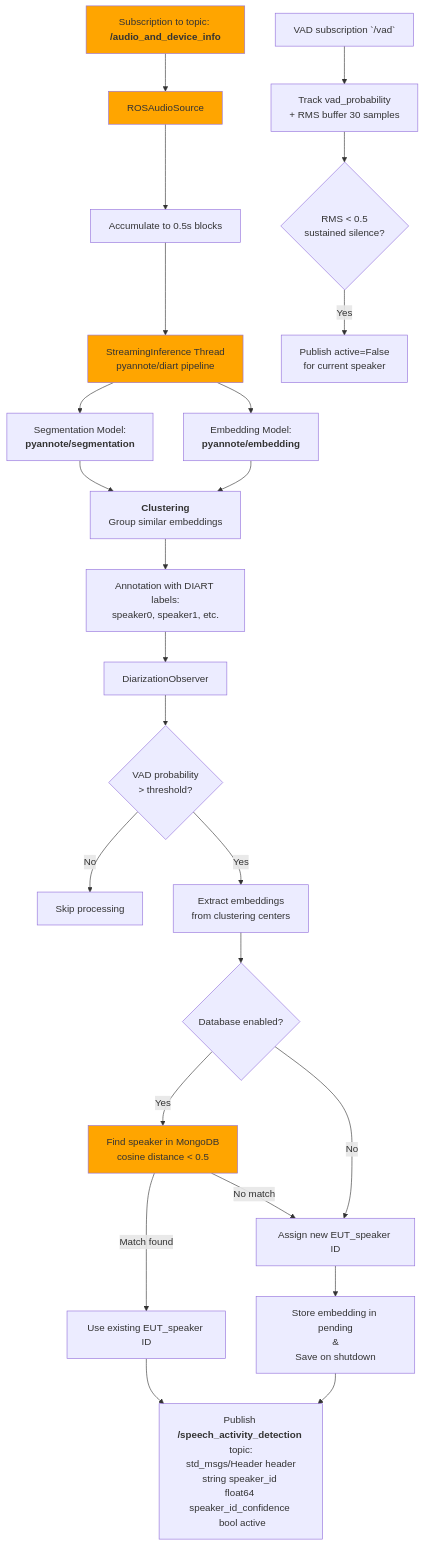
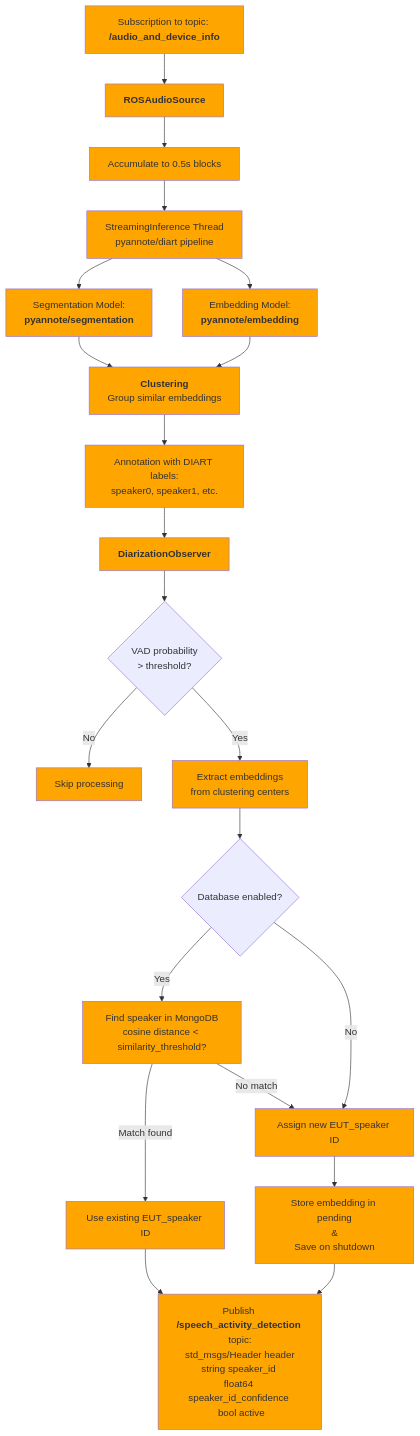
The diagram in src/speech_recognition/diarization_workflow.mmd (Eurecat/eut_speech_audio_processing), drawn with Mermaid before and after one commit. The commit also changed 2 other files, not shown here.

Commit message:
docs: update flowcharts in asr_workflow.mmd and diarization_workflow.mmd for clarity and detail

```diff
--- a/src/speech_recognition/diarization_workflow.mmd
+++ b/src/speech_recognition/diarization_workflow.mmd
@@ -1,44 +1,54 @@
 flowchart TD
-    A[Subscription to topic: <b>/audio_and_device_info</b>] -->  C[ROSAudioSource]
+    A[Subscription to topic: <b>/audio_and_device_info</b>] -->  C[<b>ROSAudioSource</b>]
     C --> D[Accumulate to 0.5s blocks]
     
     D --> E[StreamingInference Thread<br/>pyannote/diart pipeline]
     
     E --> F[Segmentation Model:<br/><b>pyannote/segmentation</b>]
     E --> G[Embedding Model:<br/><b>pyannote/embedding</b>]
     
     F --> H[<b>Clustering</b><br/>Group similar embeddings]
     G --> H
     
     H --> I[Annotation with DIART labels:<br/>speaker0, speaker1, etc.]
     
-    I --> J[DiarizationObserver]
+    I --> J[<b>DiarizationObserver</b>]
     
     J --> K{VAD probability<br/>> threshold?}
     
     K -->|No| L[Skip processing]
     
     K -->|Yes| M[Extract embeddings<br/>from clustering centers]
     
     M --> N{Database enabled?}
     
-    N -->|Yes| O[Find speaker in MongoDB<br/>cosine distance < 0.5]
+    N -->|Yes| O[Find speaker in MongoDB<br/>cosine distance < similarity_threshold?]
     
     O -->|Match found| P[Use existing EUT_speaker ID]
     O -->|No match| Q[Assign new EUT_speaker ID]
     
     N -->|No| Q
     
     P --> R[Publish <b>/speech_activity_detection</b> topic:<br>std_msgs/Header header<br>string speaker_id <br>float64 speaker_id_confidence <br> bool active]
     Q --> S[Store embedding in pending<br/>&<br>Save on shutdown]
     
     S --> R
         
-    U[VAD subscription `/vad`] --> V[Track vad_probability<br/>+ RMS buffer 30 samples]
-    V --> W{RMS < 0.5<br/>sustained silence?}
-    W -->|Yes| X[Publish active=False<br/>for current speaker]
+
     
     style A fill:#FFA500
     style C fill:#FFA500
+    style D fill:#FFA500
     style E fill:#FFA500
+    style F fill:#FFA500
+    style G fill:#FFA500
+    style H fill:#FFA500
+    style I fill:#FFA500
+    style J fill:#FFA500
+    style L fill:#FFA500
+    style M fill:#FFA500
     style O fill:#FFA500
+    style P fill:#FFA500
+    style Q fill:#FFA500
+    style R fill:#FFA500
+    style S fill:#FFA500
```
